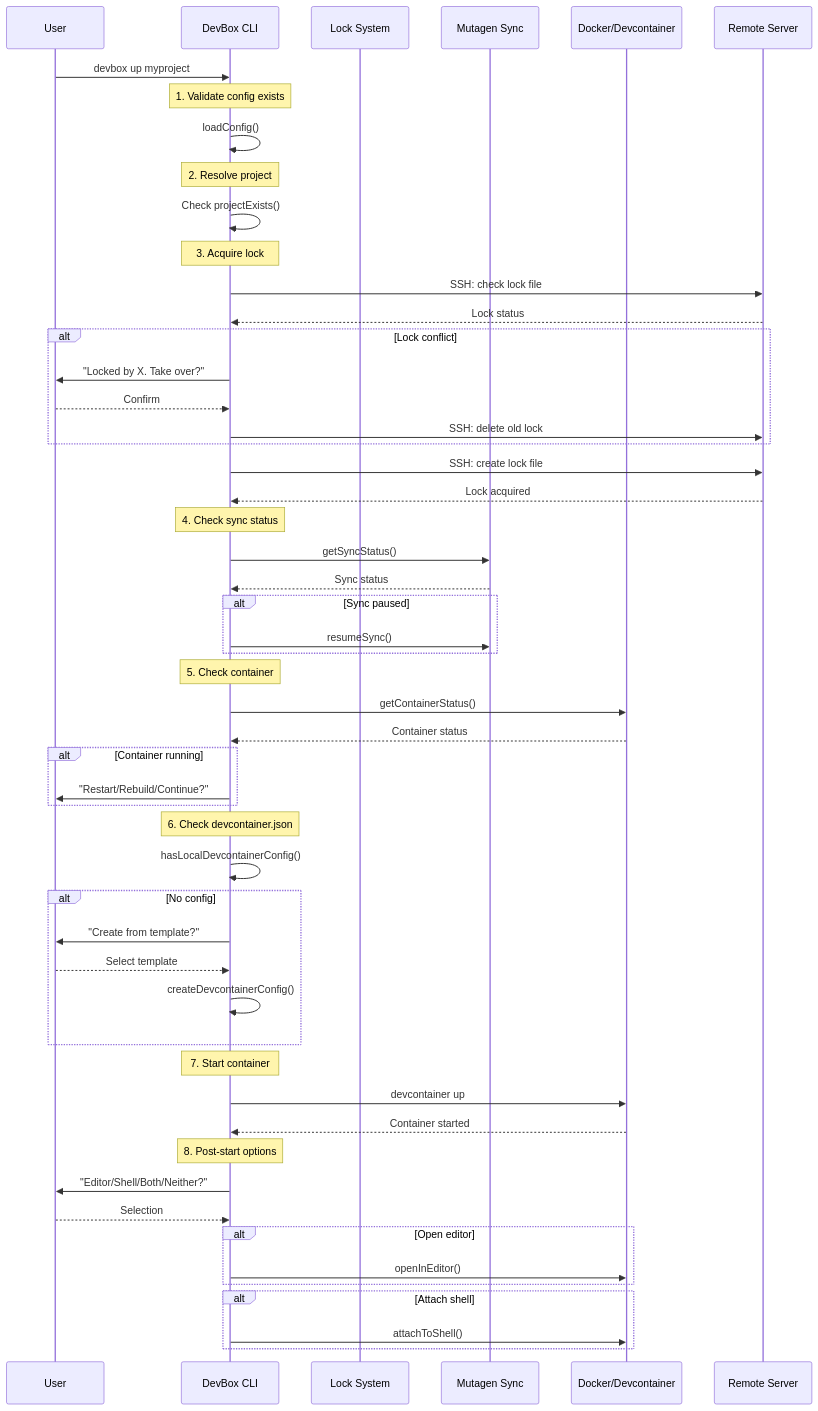
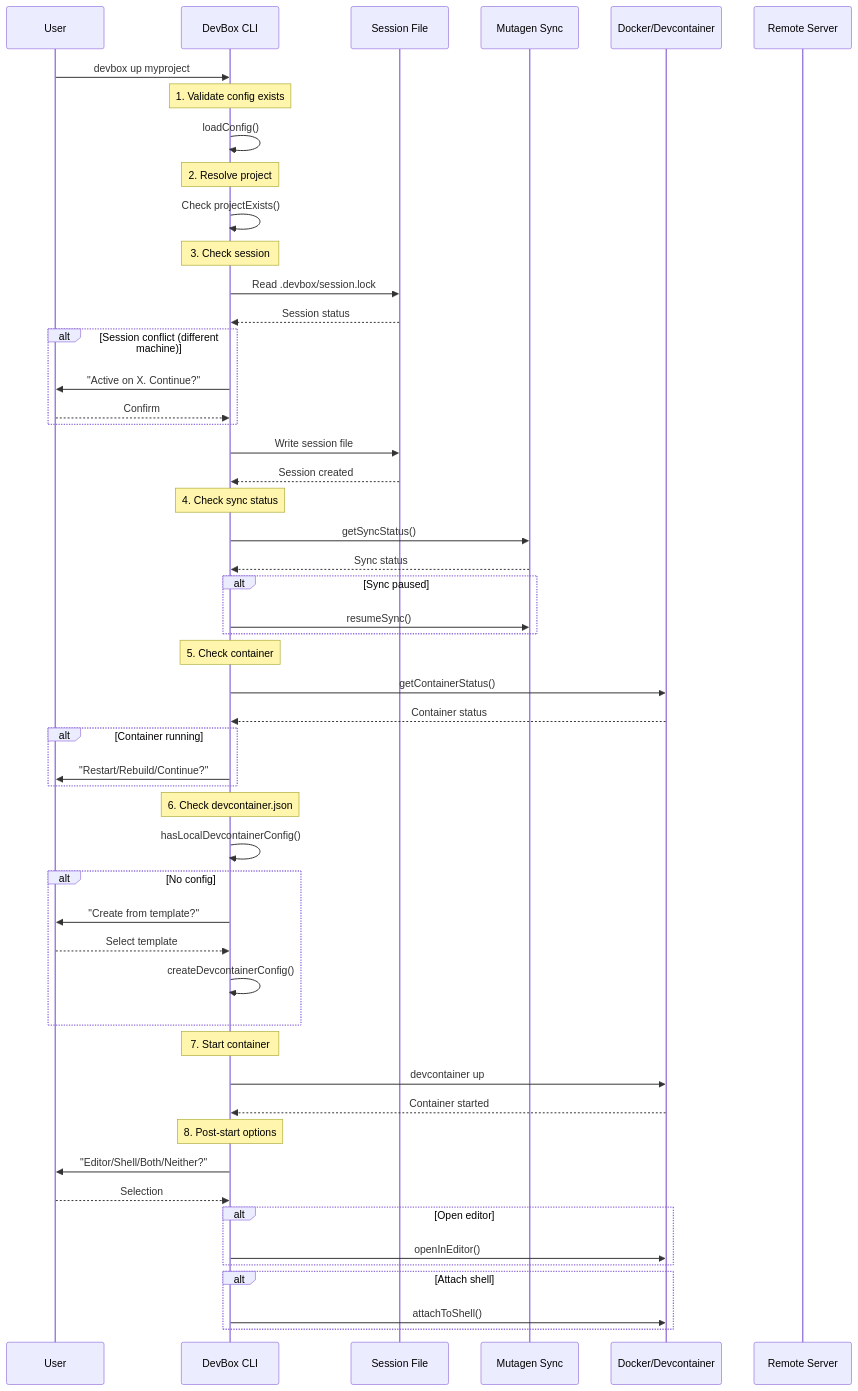
One commit to NoorXLabs/SkyBox changed the second of 2 diagrams in docs/architecture/index.md. Above: the diagram before and after it, drawn with Mermaid. The commit also changed other lines of this file and 47 other files, not shown here.

First line of the commit message:
refactor: replace remote locks with local session system

````diff
--- a/docs/architecture/index.md
+++ b/docs/architecture/index.md
@@ -109,64 +108,63 @@
 ```mermaid
 sequenceDiagram
     participant User
     participant CLI as DevBox CLI
-    participant Lock as Lock System
+    participant Session as Session File
     participant Mutagen as Mutagen Sync
     participant Docker as Docker/Devcontainer
     participant Remote as Remote Server
 
     User->>CLI: devbox up myproject
 
     Note over CLI: 1. Validate config exists
     CLI->>CLI: loadConfig()
 
     Note over CLI: 2. Resolve project
     CLI->>CLI: Check projectExists()
 
-    Note over CLI: 3. Acquire lock
-    CLI->>Remote: SSH: check lock file
-    Remote-->>CLI: Lock status
-    alt Lock conflict
-        CLI->>User: "Locked by X. Take over?"
+    Note over CLI: 3. Check session
+    CLI->>Session: Read .devbox/session.lock
+    Session-->>CLI: Session status
+    alt Session conflict (different machine)
+        CLI->>User: "Active on X. Continue?"
         User-->>CLI: Confirm
-        CLI->>Remote: SSH: delete old lock
     end
-    CLI->>Remote: SSH: create lock file
-    Remote-->>CLI: Lock acquired
+    CLI->>Session: Write session file
+    Session-->>CLI: Session created
 
     Note over CLI: 4. Check sync status
     CLI->>Mutagen: getSyncStatus()
     Mutagen-->>CLI: Sync status
     alt Sync paused
         CLI->>Mutagen: resumeSync()
     end
 
     Note over CLI: 5. Check container
     CLI->>Docker: getContainerStatus()
     Docker-->>CLI: Container status
     alt Container running
         CLI->>User: "Restart/Rebuild/Continue?"
     end
 
     Note over CLI: 6. Check devcontainer.json
     CLI->>CLI: hasLocalDevcontainerConfig()
     alt No config
         CLI->>User: "Create from template?"
         User-->>CLI: Select template
         CLI->>CLI: createDevcontainerConfig()
     end
 
     Note over CLI: 7. Start container
     CLI->>Docker: devcontainer up
     Docker-->>CLI: Container started
 
     Note over CLI: 8. Post-start options
     CLI->>User: "Editor/Shell/Both/Neither?"
     User-->>CLI: Selection
     alt Open editor
         CLI->>Docker: openInEditor()
     end
     alt Attach shell
         CLI->>Docker: attachToShell()
     end
 ```
````
